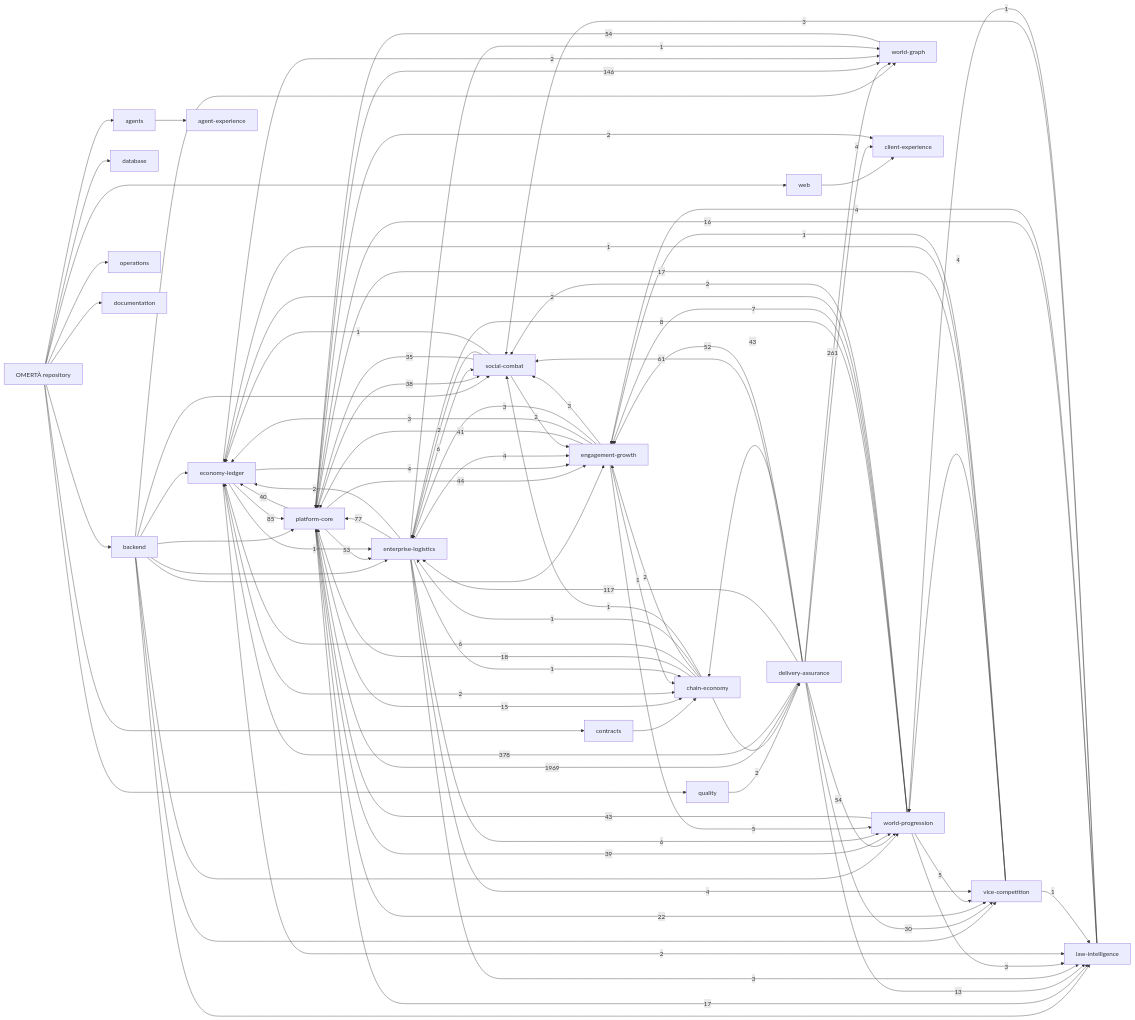
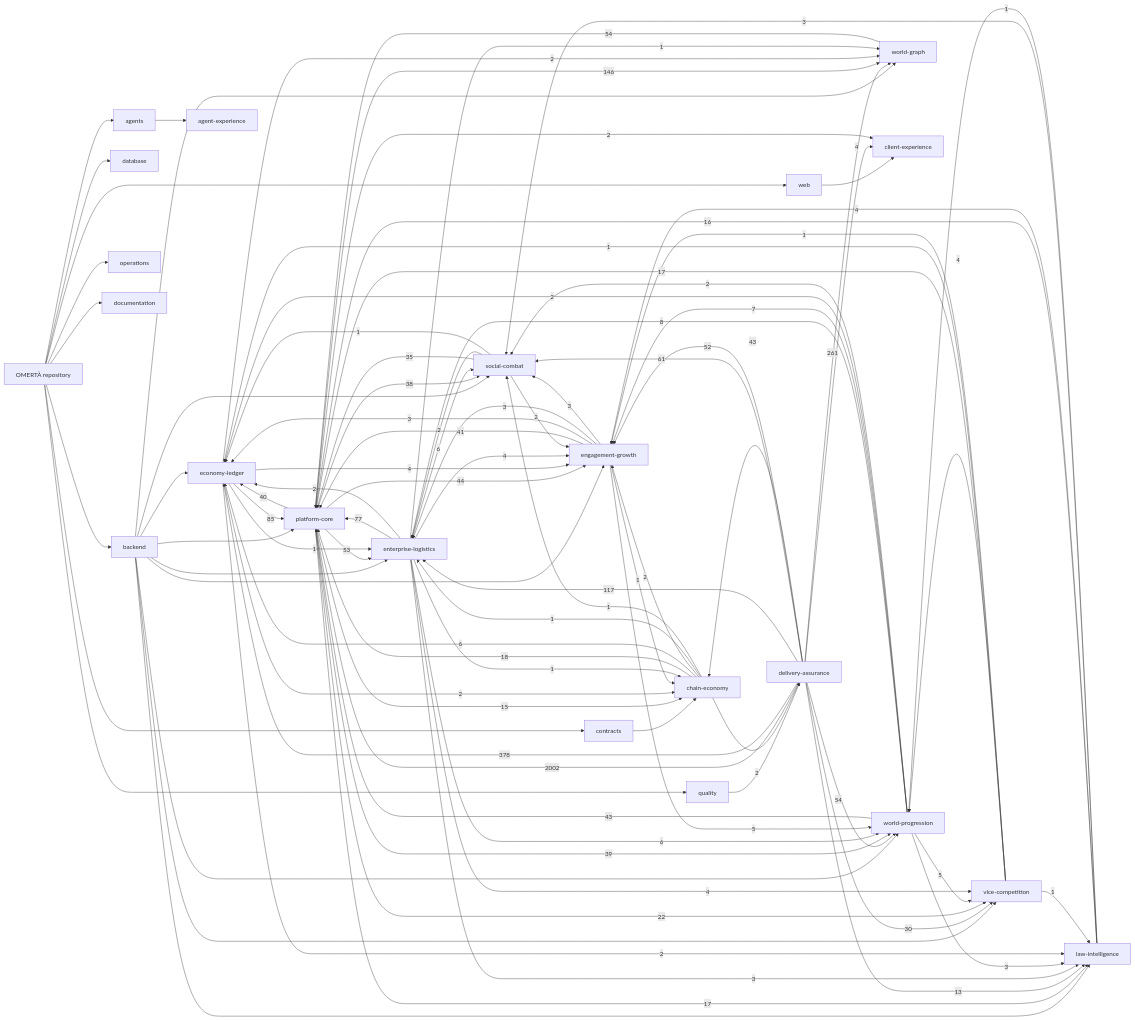
Before and after one commit to OmertaDev/Omerta: the diagram in knowledge/generated/graph.mmd, drawn with Mermaid. The commit also changed 10 other files, not shown here.

```diff
--- a/knowledge/generated/graph.mmd
+++ b/knowledge/generated/graph.mmd
@@ -1,113 +1,113 @@
 flowchart LR
   repo["OMERTÀ repository"]
   sub_backend["backend"]
   repo --> sub_backend
   sub_database["database"]
   repo --> sub_database
   sub_web["web"]
   repo --> sub_web
   sub_contracts["contracts"]
   repo --> sub_contracts
   sub_agents["agents"]
   repo --> sub_agents
   sub_quality["quality"]
   repo --> sub_quality
   sub_operations["operations"]
   repo --> sub_operations
   sub_documentation["documentation"]
   repo --> sub_documentation
   dom_platform-core["platform-core"]
   dom_economy-ledger["economy-ledger"]
   dom_social-combat["social-combat"]
   dom_world-progression["world-progression"]
   dom_world-graph["world-graph"]
   dom_enterprise-logistics["enterprise-logistics"]
   dom_vice-competition["vice-competition"]
   dom_law-intelligence["law-intelligence"]
   dom_chain-economy["chain-economy"]
   dom_engagement-growth["engagement-growth"]
   dom_client-experience["client-experience"]
   dom_agent-experience["agent-experience"]
   dom_delivery-assurance["delivery-assurance"]
   sub_agents --> dom_agent-experience
   sub_backend --> dom_economy-ledger
   sub_backend --> dom_engagement-growth
   sub_backend --> dom_enterprise-logistics
   sub_backend --> dom_law-intelligence
   sub_backend --> dom_platform-core
   sub_backend --> dom_social-combat
   sub_backend --> dom_vice-competition
   sub_backend --> dom_world-graph
   sub_backend --> dom_world-progression
   sub_contracts --> dom_chain-economy
   sub_quality --> dom_delivery-assurance
   sub_web --> dom_client-experience
-  dom_delivery-assurance -->|1969| dom_platform-core
+  dom_delivery-assurance -->|2002| dom_platform-core
   dom_delivery-assurance -->|378| dom_economy-ledger
   dom_delivery-assurance -->|261| dom_world-graph
   dom_platform-core -->|146| dom_world-graph
   dom_delivery-assurance -->|117| dom_enterprise-logistics
   dom_economy-ledger -->|85| dom_platform-core
   dom_enterprise-logistics -->|77| dom_platform-core
   dom_delivery-assurance -->|61| dom_social-combat
   dom_delivery-assurance -->|54| dom_world-progression
   dom_world-graph -->|54| dom_platform-core
   dom_platform-core -->|53| dom_enterprise-logistics
   dom_delivery-assurance -->|52| dom_engagement-growth
   dom_platform-core -->|44| dom_engagement-growth
   dom_delivery-assurance -->|43| dom_chain-economy
   dom_world-progression -->|43| dom_platform-core
   dom_engagement-growth -->|41| dom_platform-core
   dom_platform-core -->|40| dom_economy-ledger
   dom_platform-core -->|39| dom_world-progression
   dom_platform-core -->|38| dom_social-combat
   dom_social-combat -->|35| dom_platform-core
   dom_delivery-assurance -->|30| dom_vice-competition
   dom_platform-core -->|22| dom_vice-competition
   dom_chain-economy -->|18| dom_platform-core
   dom_platform-core -->|17| dom_law-intelligence
   dom_vice-competition -->|17| dom_platform-core
   dom_law-intelligence -->|16| dom_platform-core
   dom_platform-core -->|15| dom_chain-economy
   dom_delivery-assurance -->|13| dom_law-intelligence
   dom_world-progression -->|8| dom_enterprise-logistics
   dom_world-progression -->|7| dom_engagement-growth
   dom_chain-economy -->|6| dom_economy-ledger
   dom_enterprise-logistics -->|6| dom_social-combat
   dom_enterprise-logistics -->|6| dom_world-progression
   dom_engagement-growth -->|5| dom_world-progression
   dom_world-progression -->|5| dom_vice-competition
   dom_delivery-assurance -->|4| dom_client-experience
   dom_economy-ledger -->|4| dom_engagement-growth
   dom_enterprise-logistics -->|4| dom_engagement-growth
   dom_enterprise-logistics -->|4| dom_vice-competition
   dom_law-intelligence -->|4| dom_engagement-growth
   dom_vice-competition -->|4| dom_world-progression
   dom_engagement-growth -->|3| dom_economy-ledger
   dom_engagement-growth -->|3| dom_enterprise-logistics
   dom_engagement-growth -->|3| dom_social-combat
   dom_enterprise-logistics -->|3| dom_law-intelligence
   dom_law-intelligence -->|3| dom_social-combat
   dom_world-progression -->|3| dom_law-intelligence
   dom_chain-economy -->|2| dom_delivery-assurance
   dom_chain-economy -->|2| dom_engagement-growth
   dom_economy-ledger -->|2| dom_chain-economy
   dom_economy-ledger -->|2| dom_law-intelligence
   dom_economy-ledger -->|2| dom_world-graph
   dom_enterprise-logistics -->|2| dom_economy-ledger
   dom_platform-core -->|2| dom_client-experience
   dom_social-combat -->|2| dom_engagement-growth
   dom_social-combat -->|2| dom_enterprise-logistics
   dom_world-progression -->|2| dom_economy-ledger
   dom_world-progression -->|2| dom_social-combat
   dom_chain-economy -->|1| dom_enterprise-logistics
   dom_chain-economy -->|1| dom_social-combat
   dom_economy-ledger -->|1| dom_enterprise-logistics
   dom_engagement-growth -->|1| dom_chain-economy
   dom_enterprise-logistics -->|1| dom_chain-economy
   dom_enterprise-logistics -->|1| dom_world-graph
   dom_law-intelligence -->|1| dom_world-progression
   dom_social-combat -->|1| dom_economy-ledger
   dom_vice-competition -->|1| dom_economy-ledger
   dom_vice-competition -->|1| dom_engagement-growth
   dom_vice-competition -->|1| dom_law-intelligence
```
